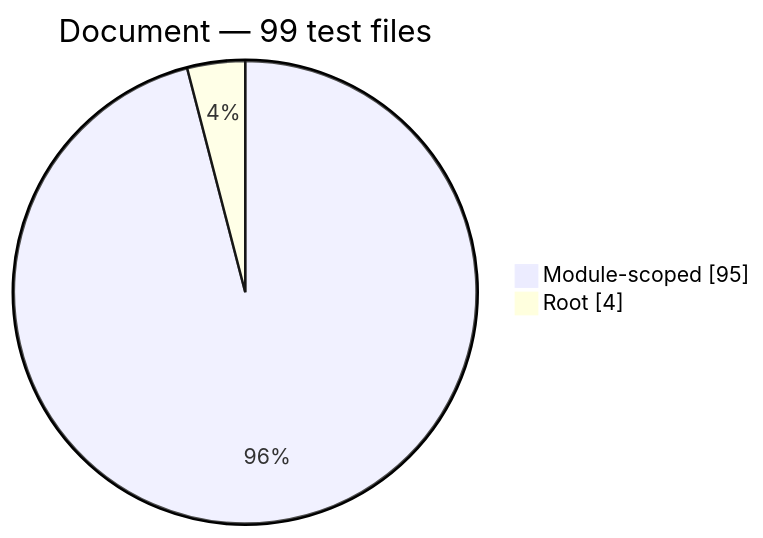
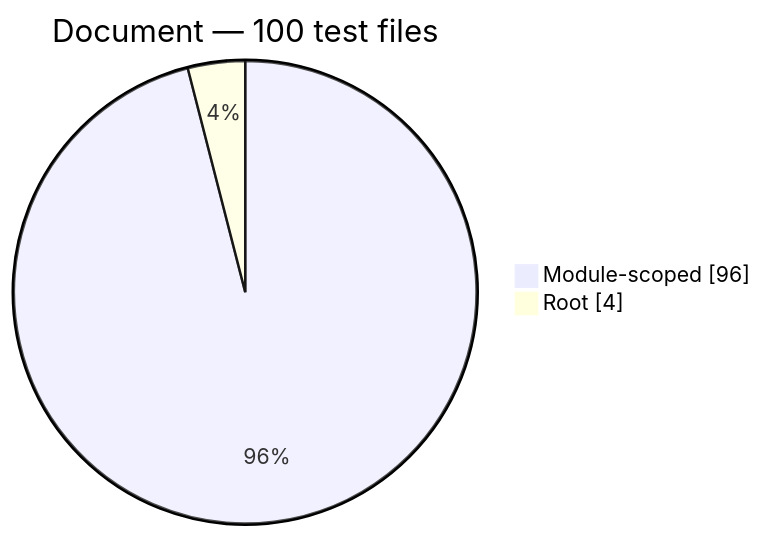
The fourth of 13 diagrams in docs/generated/test-composition.md (PHP-Arazzo/php-arazzo), drawn with Mermaid before and after one commit. The commit also changed other lines of this file and 22 other files, not shown here.

````diff
--- a/docs/generated/test-composition.md
+++ b/docs/generated/test-composition.md
@@ -62,6 +62,6 @@
 ```mermaid
 pie showData
-    title Document — 99 test files
-    "Module-scoped": 95
+    title Document — 100 test files
+    "Module-scoped": 96
     "Root": 4
 ```
````
